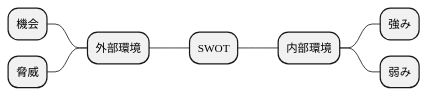
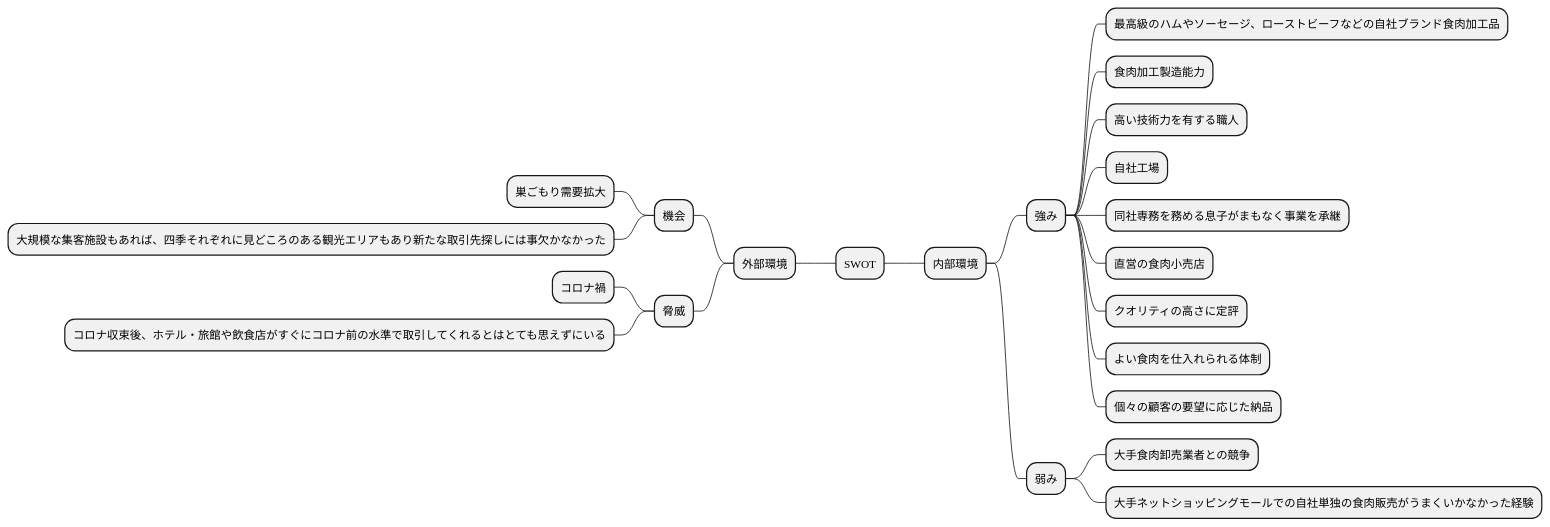
One commit to k2works/requirements_definition_excercise changed the third of 3 diagrams in docs/R04/study/study_2_take01.md. Above: the diagram before and after it, drawn with PlantUML. The commit also changed other lines of this file, not shown here.

````diff
--- a/docs/R04/study/study_2_take01.md
+++ b/docs/R04/study/study_2_take01.md
@@ -147,11 +147,26 @@
 ```plantuml
 @startmindmap
 * SWOT
 -- 外部環境
 --- 機会
+---- 巣ごもり需要拡大
+---- 大規模な集客施設もあれば、四季それぞれに見どころのある観光エリアもあり新たな取引先探しには事欠かなかった
 --- 脅威
+---- コロナ禍
+---- コロナ収束後、ホテル・旅館や飲食店がすぐにコロナ前の水準で取引してくれるとはとても思えずにいる
 ** 内部環境
 *** 強み
+**** 最高級のハムやソーセージ、ローストビーフなどの自社ブランド食肉加工品
+**** 食肉加工製造能力
+**** 高い技術力を有する職人
+**** 自社工場
+**** 同社専務を務める息子がまもなく事業を承継
+**** 直営の食肉小売店
+**** クオリティの高さに定評
+**** よい食肉を仕入れられる体制
+**** 個々の顧客の要望に応じた納品
 *** 弱み
+**** 大手食肉卸売業者との競争
+**** 大手ネットショッピングモールでの自社単独の食肉販売がうまくいかなかった経験
 @endmindmap
 ```
````
